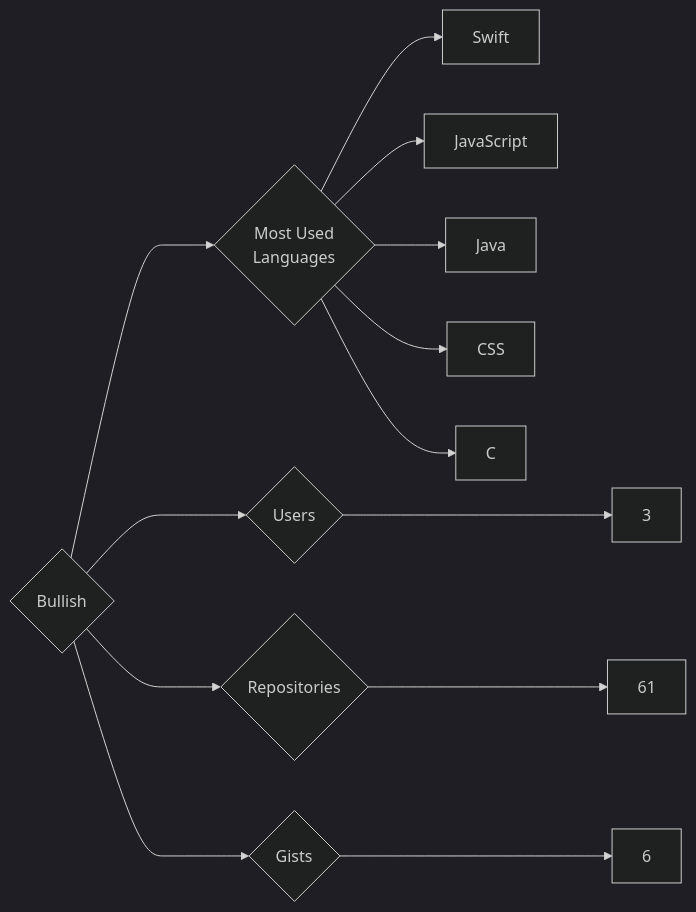
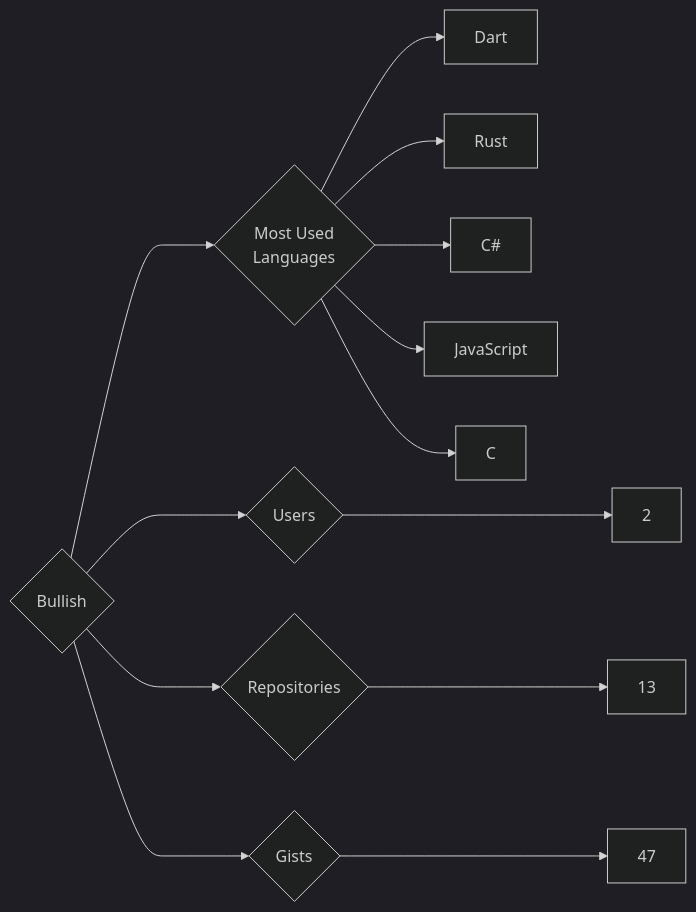
The diagram in targets/Bullish/README.md (trickest/insiders), drawn with Mermaid (dark theme) before and after one commit. The commit also changed 998 other files, not shown here.

````diff
--- a/targets/Bullish/README.md
+++ b/targets/Bullish/README.md
@@ -3,13 +3,13 @@
 ```mermaid
 graph LR
 COMPANY_NAME{Bullish}
-COMPANY_NAME ---> U{Users} ---> UN[3]
-COMPANY_NAME ---> R{Repositories} ---> RN[61]
-COMPANY_NAME ---> G{Gists} ---> GN[6]
+COMPANY_NAME ---> U{Users} ---> UN[2]
+COMPANY_NAME ---> R{Repositories} ---> RN[13]
+COMPANY_NAME ---> G{Gists} ---> GN[47]
 COMPANY_NAME ---> ML{Most Used<br>Languages}
-ML --> Swift[Swift]
+ML --> Dart[Dart]
+ML --> Rust[Rust]
+ML --> C#[C#]
 ML --> JavaScript[JavaScript]
-ML --> Java[Java]
-ML --> CSS[CSS]
 ML --> C[C]
 ```
````
